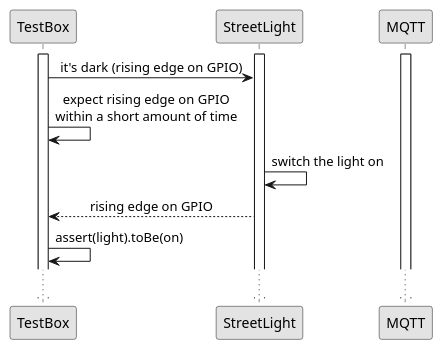
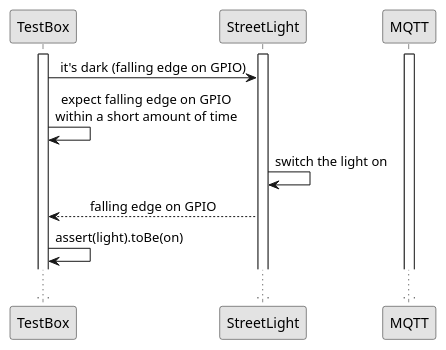
Before and after one commit to scyv/testing-iot: the fourth of 4 diagrams in doc/iot_test_dark.plantuml, drawn with PlantUML. The commit also changed other lines of this file and 8 other files, not shown here.

```diff
--- a/doc/iot_test_dark.plantuml
+++ b/doc/iot_test_dark.plantuml
@@ -80,19 +80,19 @@
 @startuml iot_test_gpio_gpio
 skinparam monochrome true
 skinparam sequenceMessageAlign center
 
 participant TestBox as IOTTB
 participant StreetLight as SUT
 participant MQTT
 
 activate IOTTB
 activate SUT
 activate MQTT
 
-IOTTB->SUT: it's dark (rising edge on GPIO)
-IOTTB->IOTTB: expect rising edge on GPIO\nwithin a short amount of time
+IOTTB->SUT: it's dark (falling edge on GPIO)
+IOTTB->IOTTB: expect falling edge on GPIO\nwithin a short amount of time
 SUT->SUT: switch the light on
-SUT-->IOTTB: rising edge on GPIO
+SUT-->IOTTB: falling edge on GPIO
 IOTTB->IOTTB: assert(light).toBe(on)
 ...
 @enduml
```
